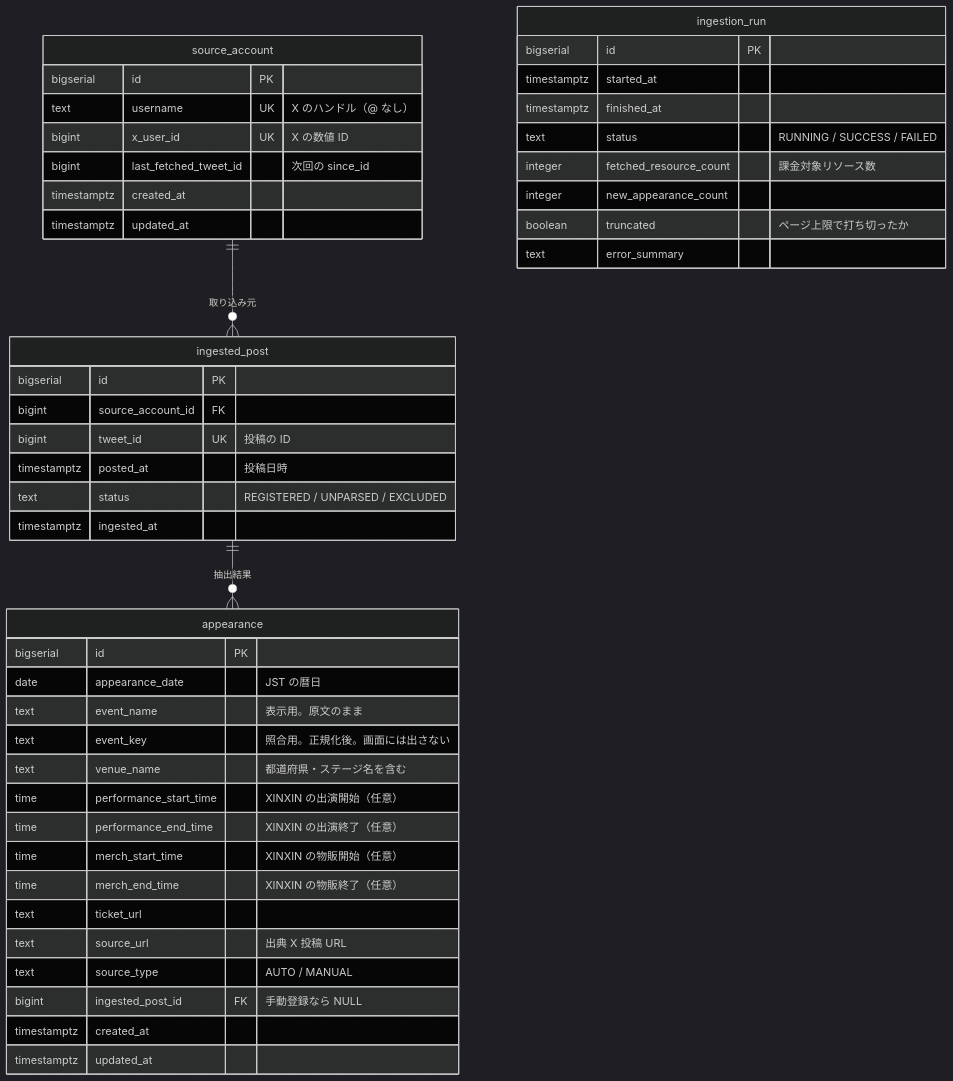
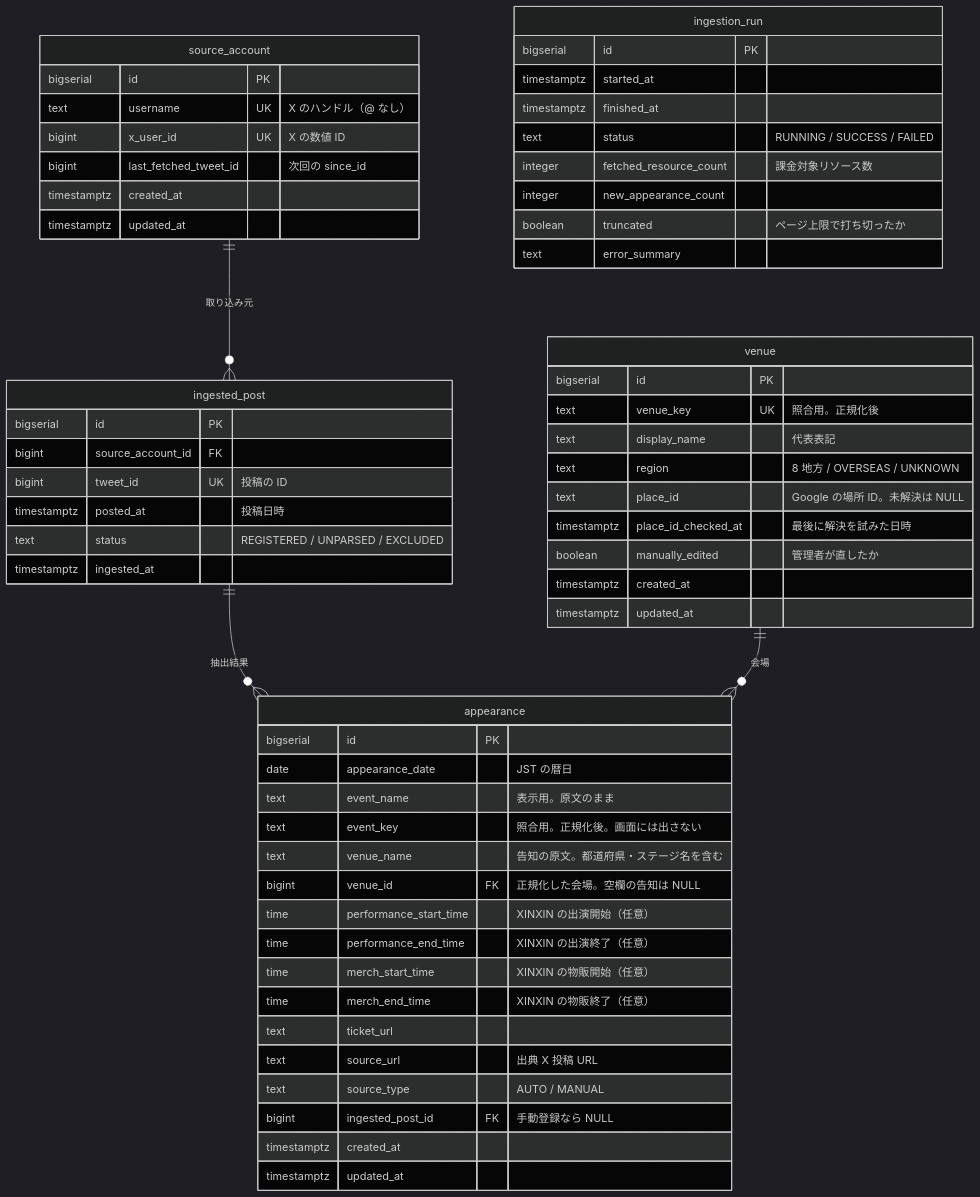
One commit to gitzhich/hatena-calendar changed the diagram in docs/data-model.md. Above: the diagram before and after it, drawn with Mermaid (dark theme). The commit also changed other lines of this file and 6 other files, not shown here.

First line of the commit message:
docs: 会場に地域と Google の place_id を持たせる設計を起こす

````diff
--- a/docs/data-model.md
+++ b/docs/data-model.md
@@ -26,52 +26,66 @@
 ```mermaid
 erDiagram
     source_account ||--o{ ingested_post : "取り込み元"
     ingested_post  ||--o{ appearance     : "抽出結果"
+    venue          ||--o{ appearance     : "会場"
 
     source_account {
         bigserial   id PK
         text        username UK "X のハンドル（@ なし）"
         bigint      x_user_id UK "X の数値 ID"
         bigint      last_fetched_tweet_id "次回の since_id"
         timestamptz created_at
         timestamptz updated_at
     }
 
     ingested_post {
         bigserial   id PK
         bigint      source_account_id FK
         bigint      tweet_id UK "投稿の ID"
         timestamptz posted_at "投稿日時"
         text        status "REGISTERED / UNPARSED / EXCLUDED"
         timestamptz ingested_at
     }
 
     appearance {
         bigserial   id PK
         date        appearance_date "JST の暦日"
         text        event_name "表示用。原文のまま"
         text        event_key "照合用。正規化後。画面には出さない"
-        text        venue_name "都道府県・ステージ名を含む"
+        text        venue_name "告知の原文。都道府県・ステージ名を含む"
+        bigint      venue_id FK "正規化した会場。空欄の告知は NULL"
         time        performance_start_time "XINXIN の出演開始（任意）"
         time        performance_end_time "XINXIN の出演終了（任意）"
         time        merch_start_time "XINXIN の物販開始（任意）"
         time        merch_end_time "XINXIN の物販終了（任意）"
         text        ticket_url
         text        source_url "出典 X 投稿 URL"
         text        source_type "AUTO / MANUAL"
         bigint      ingested_post_id FK "手動登録なら NULL"
+        timestamptz created_at
+        timestamptz updated_at
+    }
+
+    venue {
+        bigserial   id PK
+        text        venue_key UK "照合用。正規化後"
+        text        display_name "代表表記"
+        text        region "8 地方 / OVERSEAS / UNKNOWN"
+        text        place_id "Google の場所 ID。未解決は NULL"
+        timestamptz place_id_checked_at "最後に解決を試みた日時"
+        boolean     manually_edited "管理者が直したか"
         timestamptz created_at
         timestamptz updated_at
     }
 
     ingestion_run {
         bigserial   id PK
         timestamptz started_at
         timestamptz finished_at
         text        status "RUNNING / SUCCESS / FAILED"
         integer     fetched_resource_count "課金対象リソース数"
         integer     new_appearance_count
         boolean     truncated "ページ上限で打ち切ったか"
         text        error_summary
     }
 ```
````
